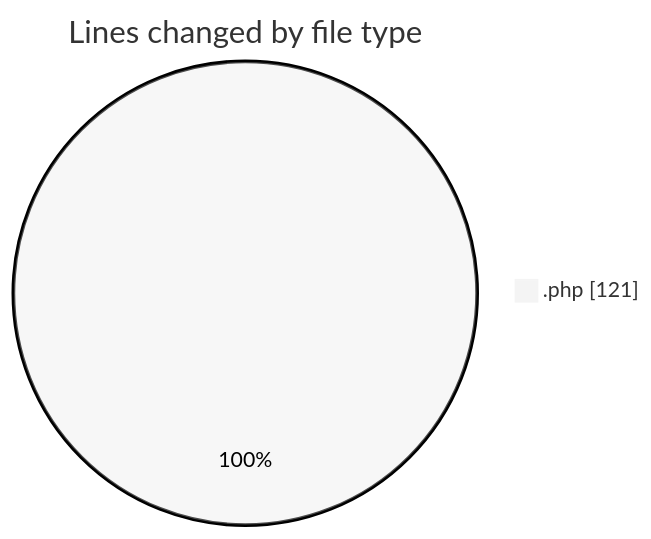
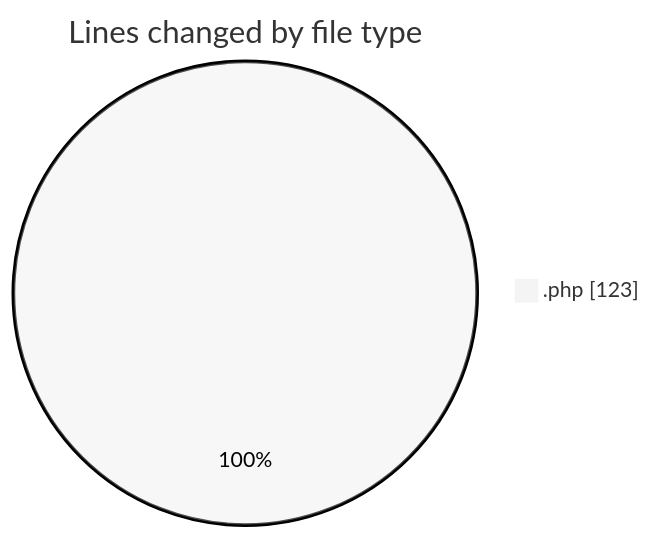
One commit to LanceThiago/code-tracking changed the first of 2 diagrams in 2025-01-17/oficina/README.md. Above: the diagram before and after it, drawn with Mermaid (neutral theme). The commit also changed other lines of this file and 1 other file, not shown here.

````diff
--- a/2025-01-17/oficina/README.md
+++ b/2025-01-17/oficina/README.md
@@ -20,5 +20,5 @@
 ```mermaid
 pie showData
 title Lines changed by file type
-".php" : 121
+".php" : 123
 ```
````
